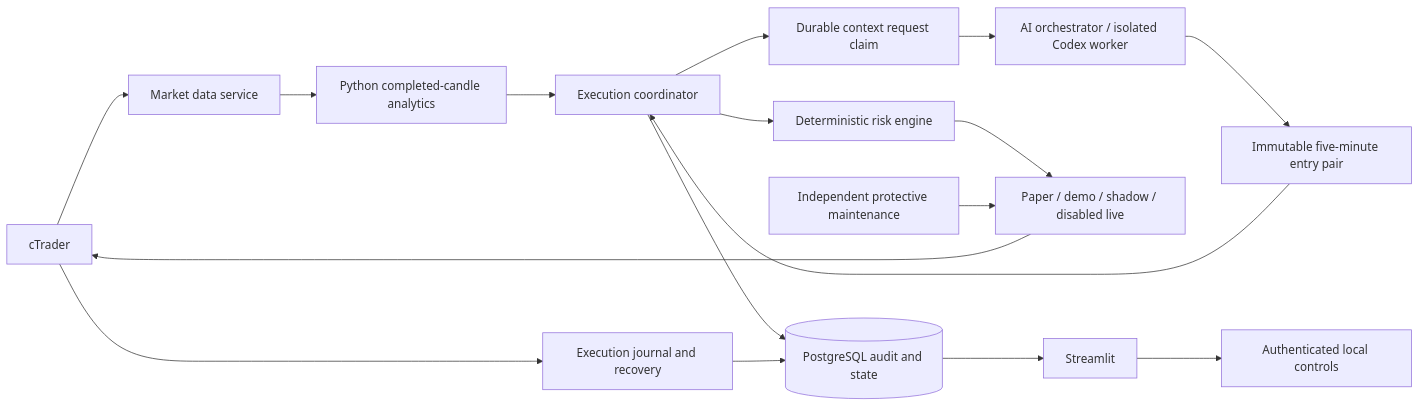
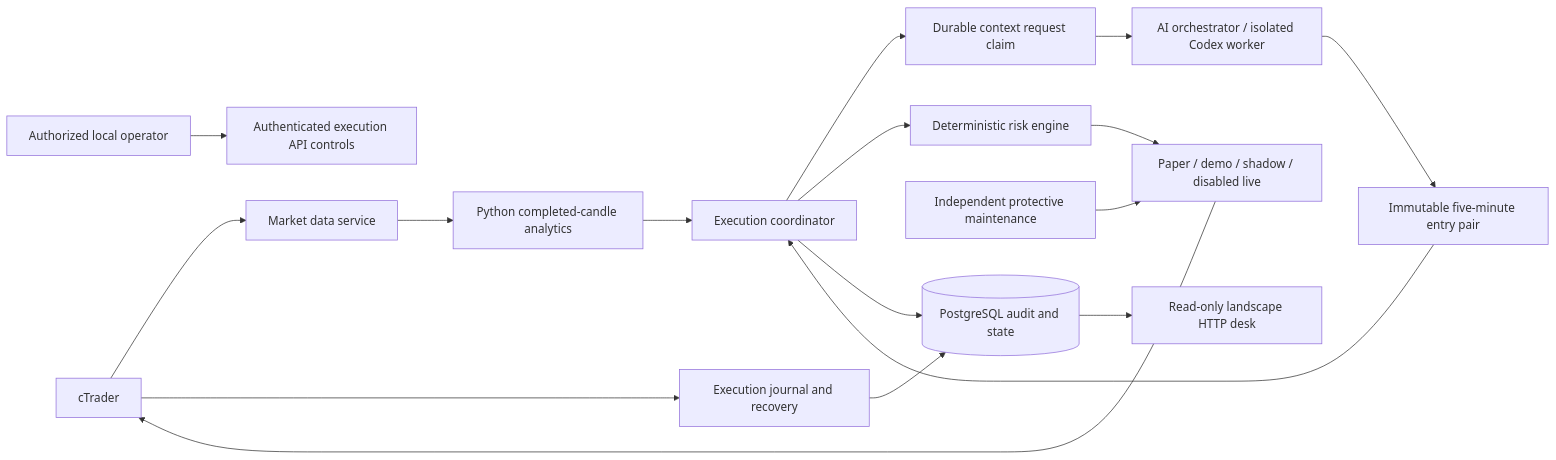
The diagram in docs/architecture.md (AegisFintech/scalping-bot), drawn with Mermaid before and after one commit. The commit also changed other lines of this file and 46 other files, not shown here.

````diff
--- a/docs/architecture.md
+++ b/docs/architecture.md
@@ -99,19 +97,19 @@
 ```mermaid
 flowchart LR
   Broker[cTrader] --> Market[Market data service]
   Market --> Analytics[Python completed-candle analytics]
   Analytics --> Coordinator[Execution coordinator]
   Coordinator --> Claim[Durable context request claim]
   Claim --> AI[AI orchestrator / isolated Codex worker]
   AI --> Context[Immutable five-minute entry pair]
   Context --> Coordinator
   Coordinator --> Risk[Deterministic risk engine]
   Risk --> Gateway[Paper / demo / shadow / disabled live]
   Gateway --> Broker
   Maintenance[Independent protective maintenance] --> Gateway
   Coordinator --> DB[(PostgreSQL audit and state)]
   Broker --> Journal[Execution journal and recovery]
   Journal --> DB
-  DB --> UI[Streamlit]
-  UI --> Controls[Authenticated local controls]
+  DB --> UI[Read-only landscape HTTP desk]
+  Operator[Authorized local operator] --> Controls[Authenticated execution API controls]
 ```
````
